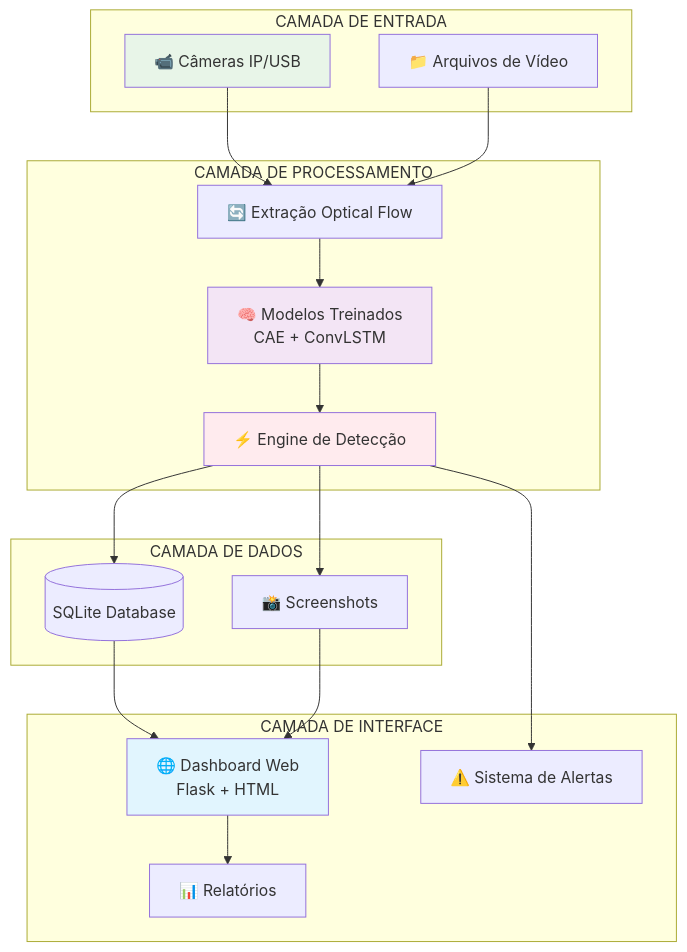
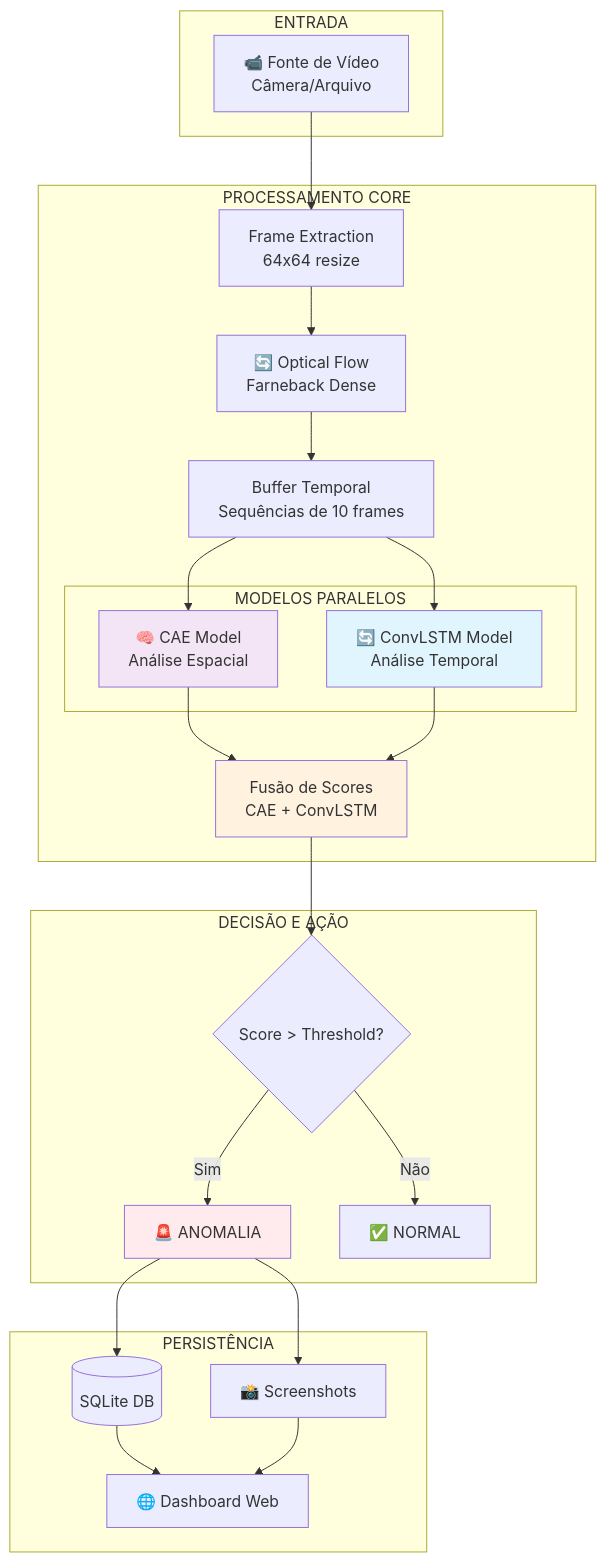
The diagram in diagrams/system_architeture.mermaid (YMatique/anomaly_dectection_system_yam_monography), drawn with Mermaid before and after one commit.

Commit message:
update system_architeture diagram

```diff
--- a/diagrams/system_architeture.mermaid
+++ b/diagrams/system_architeture.mermaid
@@ -1,38 +1,49 @@
 graph TB
-    subgraph "CAMADA DE ENTRADA"
-        A[📹 Câmeras IP/USB]
-        B[📁 Arquivos de Vídeo]
+    subgraph "ENTRADA"
+        A[📹 Fonte de Vídeo<br/>Câmera/Arquivo]
     end
     
-    subgraph "CAMADA DE PROCESSAMENTO"
-        C[🔄 Extração Optical Flow]
-        D[🧠 Modelos Treinados<br/>CAE + ConvLSTM]
-        E[⚡ Engine de Detecção]
+    subgraph "PROCESSAMENTO CORE"
+        B[Frame Extraction<br/>64x64 resize]
+        C[🔄 Optical Flow<br/>Farneback Dense]
+        D[Buffer Temporal<br/>Sequências de 10 frames]
+        
+        subgraph "MODELOS PARALELOS"
+            E[🧠 CAE Model<br/>Análise Espacial]
+            F[🔄 ConvLSTM Model<br/>Análise Temporal]
+        end
+        
+        G[Fusão de Scores<br/>CAE + ConvLSTM]
     end
     
-    subgraph "CAMADA DE DADOS"
-        F[(SQLite Database)]
-        G[📸 Screenshots]
+    subgraph "DECISÃO E AÇÃO"
+        H{Score > Threshold?}
+        I[🚨 ANOMALIA]
+        J[✅ NORMAL]
     end
     
-    subgraph "CAMADA DE INTERFACE"
-        H[🌐 Dashboard Web<br/>Flask + HTML]
-        I[📊 Relatórios]
-        J[⚠️ Sistema de Alertas]
+    subgraph "PERSISTÊNCIA"
+        K[(SQLite DB)]
+        L[📸 Screenshots]
+        M[🌐 Dashboard Web]
     end
     
-    A --> C
+    A --> B
     B --> C
     C --> D
     D --> E
-    E --> F
+    D --> F
     E --> G
-    E --> J
-    F --> H
+    F --> G
     G --> H
-    H --> I
+    H -->|Sim| I
+    H -->|Não| J
+    I --> K
+    I --> L
+    K --> M
+    L --> M
     
-    style A fill:#e8f5e8
-    style D fill:#f3e5f5
-    style E fill:#ffebee
-    style H fill:#e1f5fe
+    style E fill:#f3e5f5
+    style F fill:#e1f5fe
+    style I fill:#ffebee
+    style G fill:#fff3e0
```
